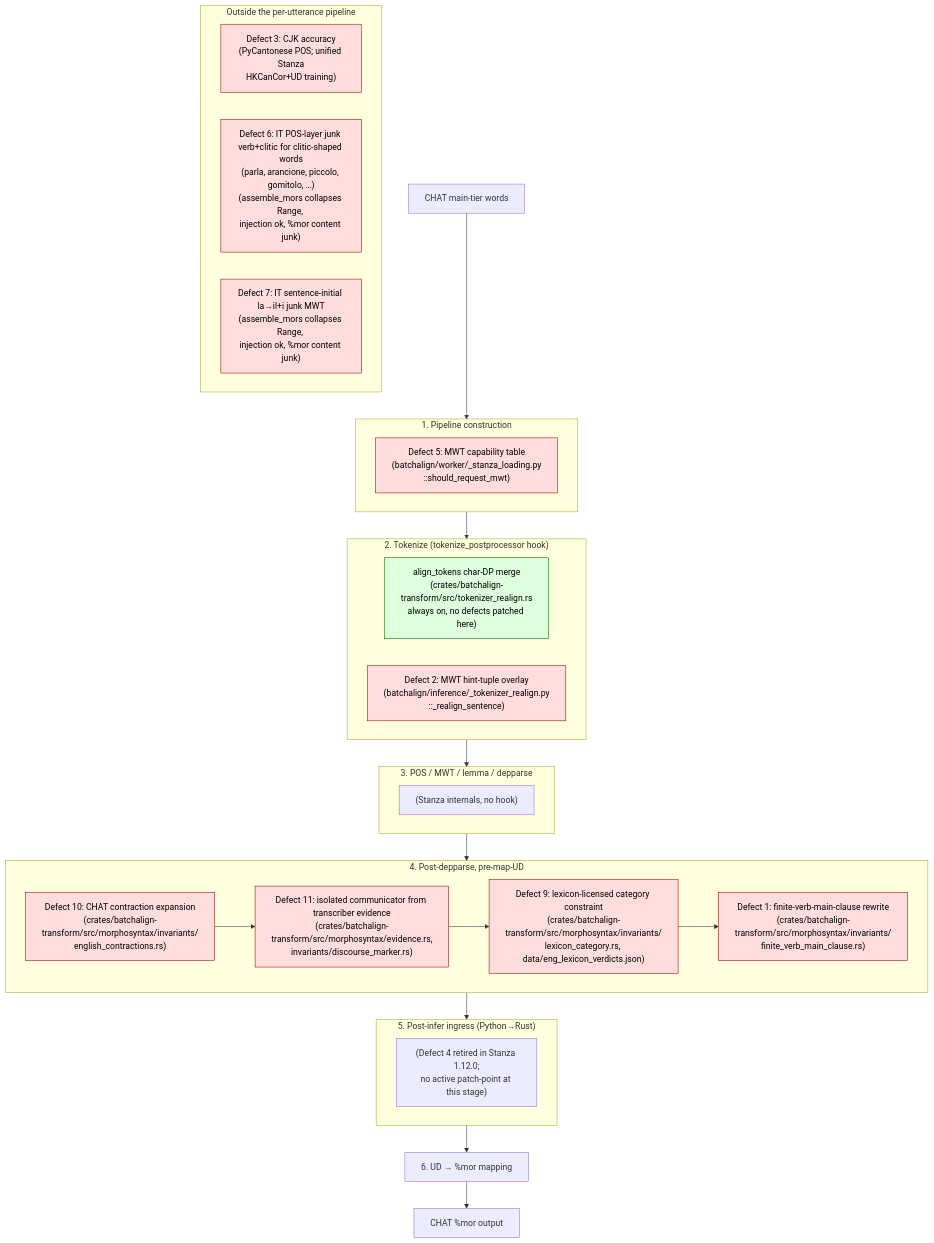
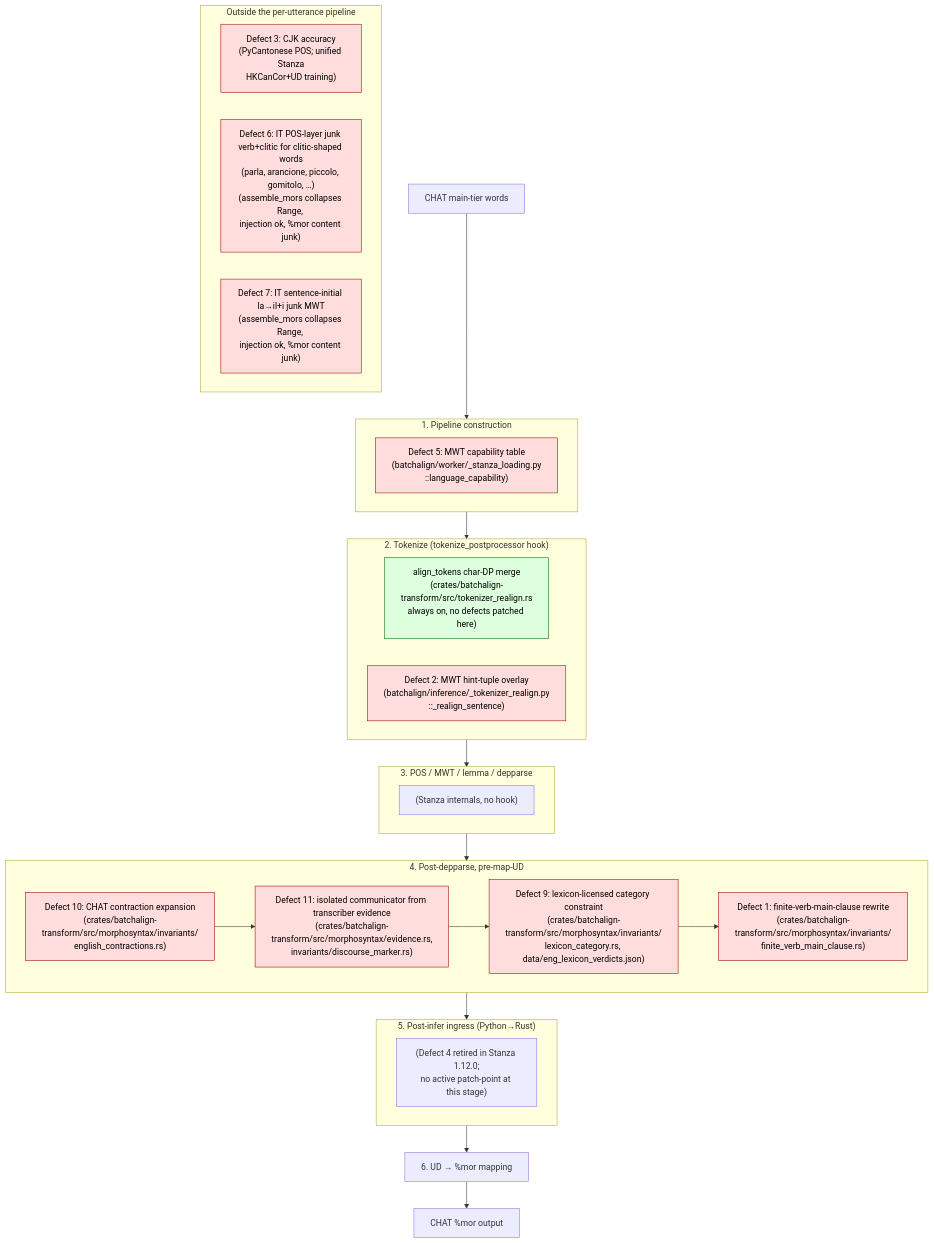
Before and after one commit to FranklinChen/talkbank-tools: the diagram in book/src/batchalign/architecture/stanza-defect-mitigation-map.md, drawn with Mermaid. The commit also changed other lines of this file and 381 other files, not shown here.

````diff
--- a/book/src/batchalign/architecture/stanza-defect-mitigation-map.md
+++ b/book/src/batchalign/architecture/stanza-defect-mitigation-map.md
@@ -22,51 +22,51 @@
 ```mermaid
 flowchart TD
     cha["CHAT main-tier words"] --> construct
 
     subgraph construct["1. Pipeline construction"]
-        d5["Defect 5: MWT capability table\n(batchalign/worker/_stanza_loading.py\n::should_request_mwt)"]
+        d5["Defect 5: MWT capability table\n(batchalign/worker/_stanza_loading.py\n::language_capability)"]
     end
 
     construct --> tokenize
 
     subgraph tokenize["2. Tokenize (tokenize_postprocessor hook)"]
         dp["align_tokens char-DP merge\n(crates/batchalign-transform/src/tokenizer_realign.rs\nalways on, no defects patched here)"]
         d2["Defect 2: MWT hint-tuple overlay\n(batchalign/inference/_tokenizer_realign.py\n::_realign_sentence)"]
     end
 
     tokenize --> pos
 
     subgraph pos["3. POS / MWT / lemma / depparse"]
         pos_note["(Stanza internals, no hook)"]
     end
 
     pos --> postdep
 
     subgraph postdep["4. Post-depparse, pre-map-UD"]
         d10["Defect 10: CHAT contraction expansion\n(crates/batchalign-transform/src/morphosyntax/invariants/\nenglish_contractions.rs)"]
         d11["Defect 11: isolated communicator from transcriber evidence\n(crates/batchalign-transform/src/morphosyntax/evidence.rs,\ninvariants/discourse_marker.rs)"]
         d9["Defect 9: lexicon-licensed category constraint\n(crates/batchalign-transform/src/morphosyntax/invariants/\nlexicon_category.rs, data/eng_lexicon_verdicts.json)"]
         d1["Defect 1: finite-verb-main-clause rewrite\n(crates/batchalign-transform/src/morphosyntax/invariants/\nfinite_verb_main_clause.rs)"]
         d10 --> d11 --> d9 --> d1
     end
 
     postdep --> ingress
 
     subgraph ingress["5. Post-infer ingress (Python→Rust)"]
         ingress_note["(Defect 4 retired in Stanza 1.12.0;\nno active patch-point at this stage)"]
     end
 
     ingress --> mapud["6. UD → %mor mapping"]
     mapud --> chaout["CHAT %mor output"]
 
     subgraph outside["Outside the per-utterance pipeline"]
         d3["Defect 3: CJK accuracy\n(PyCantonese POS; unified Stanza\nHKCanCor+UD training)"]
         d6["Defect 6: IT POS-layer junk verb+clitic for clitic-shaped words\n(parla, arancione, piccolo, gomitolo, …)\n(assemble_mors collapses Range, \ninjection ok, %mor content junk)"]
         d7["Defect 7: IT sentence-initial la→il+i junk MWT\n(assemble_mors collapses Range, \ninjection ok, %mor content junk)"]
     end
 
     classDef defect fill:#fdd,stroke:#900,color:#000
     classDef dp fill:#dfd,stroke:#060,color:#000
     class d1,d2,d3,d5,d6,d7,d9,d10,d11 defect
     class dp dp
 ```
````
